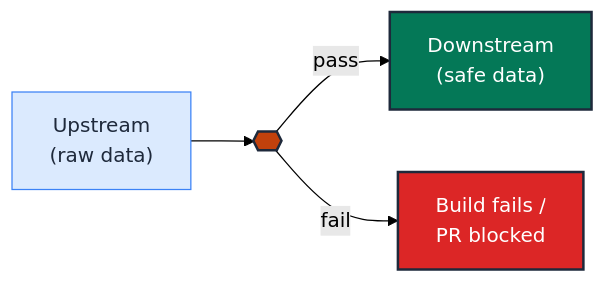
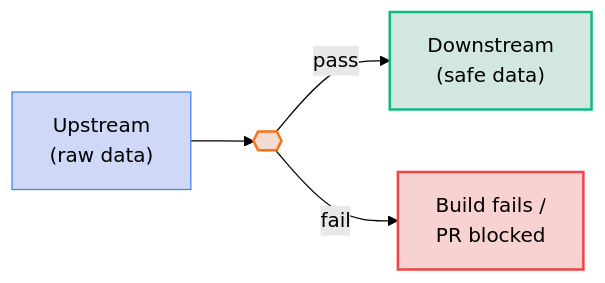
The diagram in docs/guides/testing_taxonomy/templates/default.md (neozenith/dbt-gcp-jaffleshop), drawn with Mermaid (forest theme) before and after one commit. The commit also changed 36 other files, not shown here.

First line of the commit message:
docs(taxonomy): rework guide entry-point + WCAG-AAA dual-theme mermaid palette (#19)

````diff
--- a/docs/guides/testing_taxonomy/templates/default.md
+++ b/docs/guides/testing_taxonomy/templates/default.md
@@ -90,11 +90,11 @@
 ```mermaid
 flowchart LR
     upstream["Upstream<br/>(raw data)"]:::source --> test{{"<test>"}}:::gate
     test -- pass --> ok["Downstream<br/>(safe data)"]:::ok
     test -- fail --> stop["Build fails /<br/>PR blocked"]:::fail
 
-    classDef source fill:#dbeafe,stroke:#3b82f6,color:#1e293b,stroke-width:1px
-    classDef gate   fill:#c2410c,stroke:#1e293b,color:#fff,stroke-width:2px
-    classDef ok     fill:#047857,stroke:#1e293b,color:#fff,stroke-width:2px
-    classDef fail   fill:#dc2626,stroke:#1e293b,color:#fff,stroke-width:2px
+    classDef source fill:#1d4ed836,stroke:#3b82f6,stroke-width:1px
+    classDef gate fill:#c2410c30,stroke:#f97316,stroke-width:2px
+    classDef ok fill:#0478572e,stroke:#10b981,stroke-width:2px
+    classDef fail fill:#dc262636,stroke:#ef4444,stroke-width:2px
 ```
````
